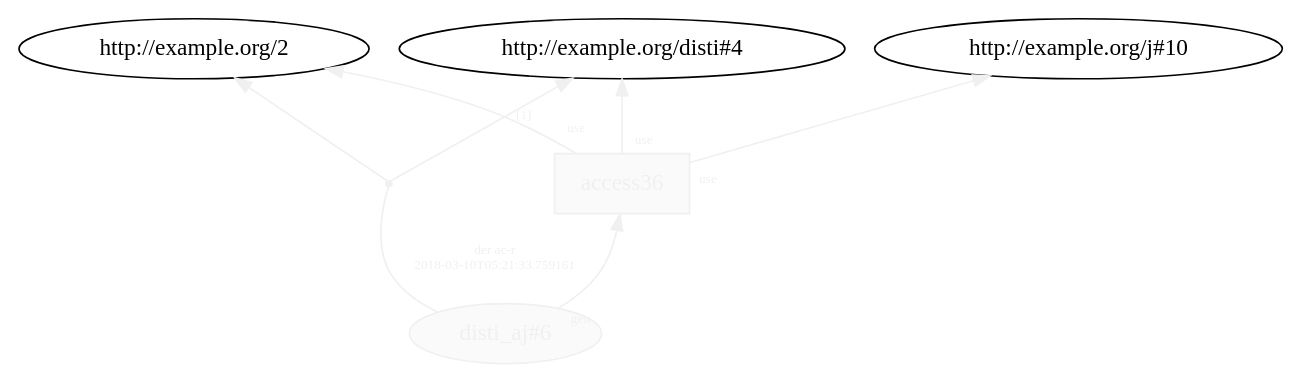
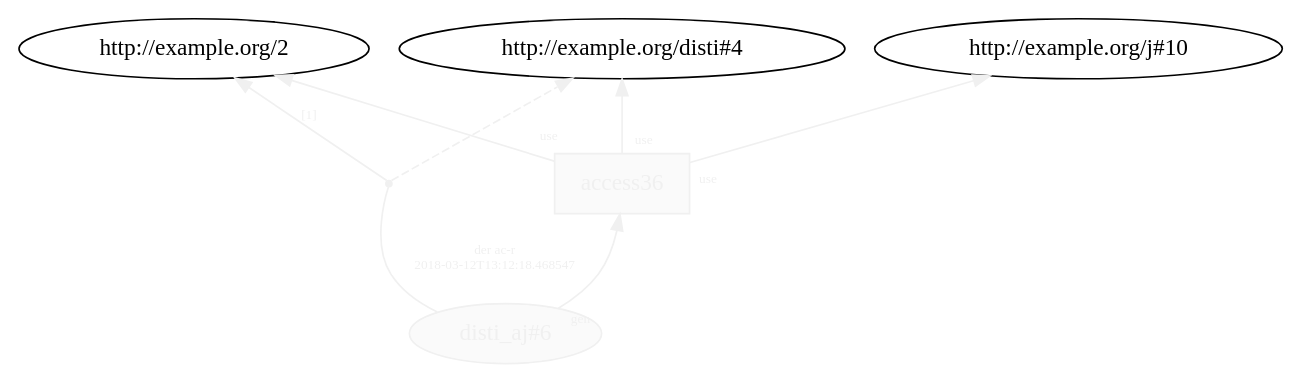
The diagram in generated/versioned_prov/temp/L20__access_4.dot (dew-uff/versioned-prov), drawn with Graphviz before and after one commit. The commit also changed 327 other files, not shown here.

```diff
--- a/generated/versioned_prov/temp/L20__access_4.dot
+++ b/generated/versioned_prov/temp/L20__access_4.dot
@@ -1,13 +1,13 @@
 digraph "PROV" { size="16,12"; rankdir="BT";
 "http://example.org/disti_aj#6" [fillcolor="#FAFAFA",color="#F0F0F0",style="filled",fontcolor="#F0F0F0",label="disti_aj#6",URL="http://example.org/disti_aj#6"]
 "http://example.org/access36" [fillcolor="#FAFAFA",color="#F0F0F0",shape="polygon",sides="4",style="filled",fontcolor="#F0F0F0",label="access36",URL="http://example.org/access36"]
 "bn0" [shape="point",label="",fontcolor="#F0F0F0",color="#F0F0F0"]
 "http://example.org/disti_aj#6" -> "bn0" [fontsize="8",distance="1.5",angle="60.0",rotation="20",label="der ac-r
-2018-03-10T05:21:33.759161",arrowhead="none",fontcolor="#F0F0F0",color="#F0F0F0"]
-"bn0" -> "http://example.org/disti#4" [fontsize="8",distance="1.5",angle="60.0",rotation="20",label="[1]",fontcolor="#F0F0F0",color="#F0F0F0"]
-"bn0" -> "http://example.org/2" [fontcolor="#F0F0F0",color="#F0F0F0"]
+2018-03-12T13:12:18.468547",arrowhead="none",fontcolor="#F0F0F0",color="#F0F0F0"]
+"bn0" -> "http://example.org/disti#4" [style="dashed",fontcolor="#F0F0F0",color="#F0F0F0"]
+"bn0" -> "http://example.org/2" [fontsize="8",distance="1.5",angle="60.0",rotation="20",label="[1]",fontcolor="#F0F0F0",color="#F0F0F0"]
 "http://example.org/access36" -> "http://example.org/disti#4" [labelfontsize="8",labeldistance="1.5",labelangle="60.0",rotation="20",taillabel="use",fontcolor="#F0F0F0",color="#F0F0F0"]
 "http://example.org/access36" -> "http://example.org/j#10" [labelfontsize="8",labeldistance="1.5",labelangle="60.0",rotation="20",taillabel="use",fontcolor="#F0F0F0",color="#F0F0F0"]
 "http://example.org/access36" -> "http://example.org/2" [labelfontsize="8",labeldistance="1.5",labelangle="60.0",rotation="20",taillabel="use",fontcolor="#F0F0F0",color="#F0F0F0"]
 "http://example.org/disti_aj#6" -> "http://example.org/access36" [labelfontsize="8",labeldistance="1.5",labelangle="60.0",rotation="20",taillabel="gen",fontcolor="#F0F0F0",color="#F0F0F0"]
 }
```
